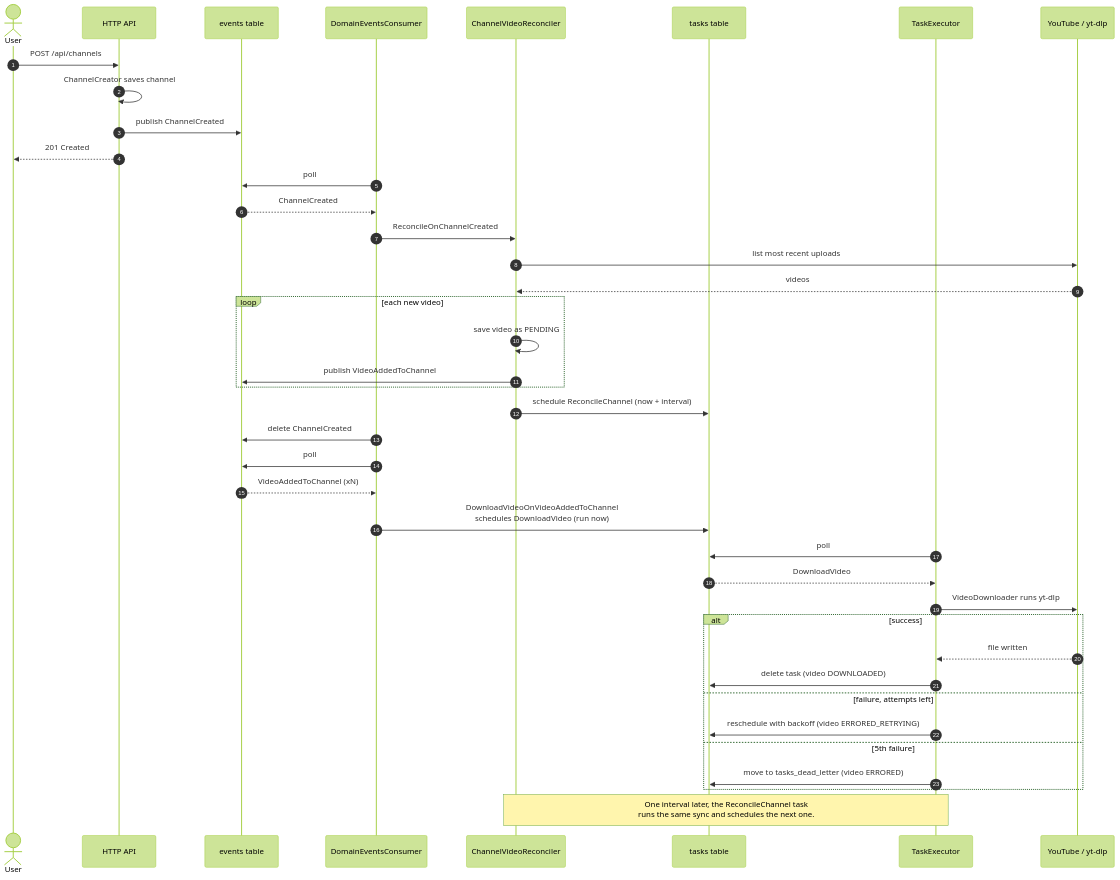
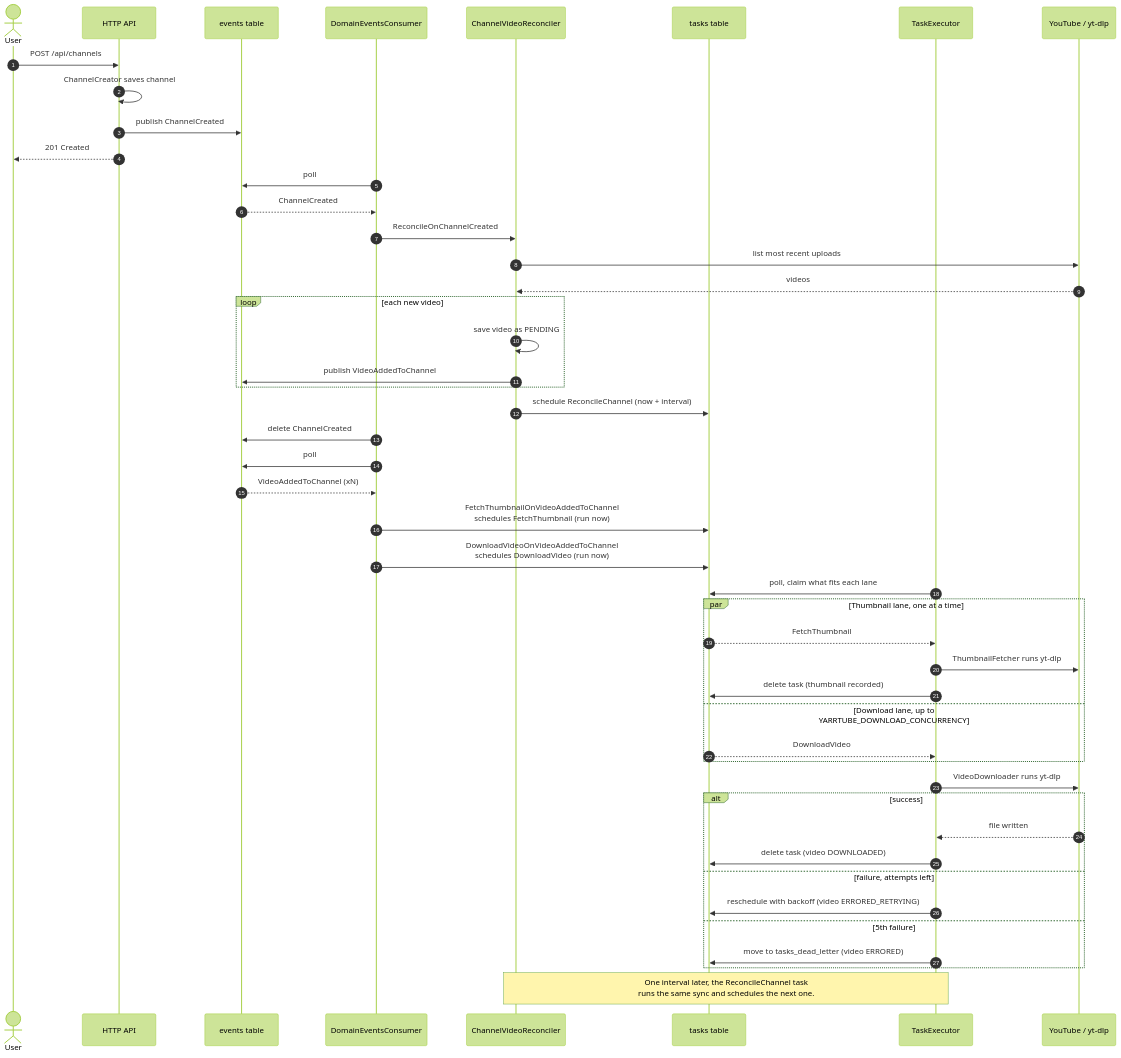
One commit to jason-s13r/yarrtube changed the third of 3 diagrams in doc/ARCHITECTURE.md. Above: the diagram before and after it, drawn with Mermaid (forest theme). The commit also changed other lines of this file and 60 other files, not shown here.

First line of the commit message:
Fetch thumbnails asynchronously and run tasks in parallel lanes (#60)

````diff
--- a/doc/ARCHITECTURE.md
+++ b/doc/ARCHITECTURE.md
@@ -112,47 +152,54 @@
 ```mermaid
 sequenceDiagram
     autonumber
     actor User
     participant API as HTTP API
     participant Events as events table
     participant Consumer as DomainEventsConsumer
     participant Reconciler as ChannelVideoReconciler
     participant Tasks as tasks table
     participant Executor as TaskExecutor
     participant YT as YouTube / yt-dlp
 
     User->>API: POST /api/channels
     API->>API: ChannelCreator saves channel
     API->>Events: publish ChannelCreated
     API-->>User: 201 Created
 
     Consumer->>Events: poll
     Events-->>Consumer: ChannelCreated
     Consumer->>Reconciler: ReconcileOnChannelCreated
     Reconciler->>YT: list most recent uploads
     YT-->>Reconciler: videos
     loop each new video
         Reconciler->>Reconciler: save video as PENDING
         Reconciler->>Events: publish VideoAddedToChannel
     end
     Reconciler->>Tasks: schedule ReconcileChannel (now + interval)
     Consumer->>Events: delete ChannelCreated
 
     Consumer->>Events: poll
     Events-->>Consumer: VideoAddedToChannel (xN)
+    Consumer->>Tasks: FetchThumbnailOnVideoAddedToChannel<br/>schedules FetchThumbnail (run now)
     Consumer->>Tasks: DownloadVideoOnVideoAddedToChannel<br/>schedules DownloadVideo (run now)
 
-    Executor->>Tasks: poll
-    Tasks-->>Executor: DownloadVideo
+    Executor->>Tasks: poll, claim what fits each lane
+    par Thumbnail lane, one at a time
+        Tasks-->>Executor: FetchThumbnail
+        Executor->>YT: ThumbnailFetcher runs yt-dlp
+        Executor->>Tasks: delete task (thumbnail recorded)
+    and Download lane, up to YARRTUBE_DOWNLOAD_CONCURRENCY
+        Tasks-->>Executor: DownloadVideo
+    end
     Executor->>YT: VideoDownloader runs yt-dlp
     alt success
         YT-->>Executor: file written
         Executor->>Tasks: delete task (video DOWNLOADED)
     else failure, attempts left
         Executor->>Tasks: reschedule with backoff (video ERRORED_RETRYING)
     else 5th failure
         Executor->>Tasks: move to tasks_dead_letter (video ERRORED)
     end
 
     Note over Executor,Reconciler: One interval later, the ReconcileChannel task<br/>runs the same sync and schedules the next one.
 ```
````
